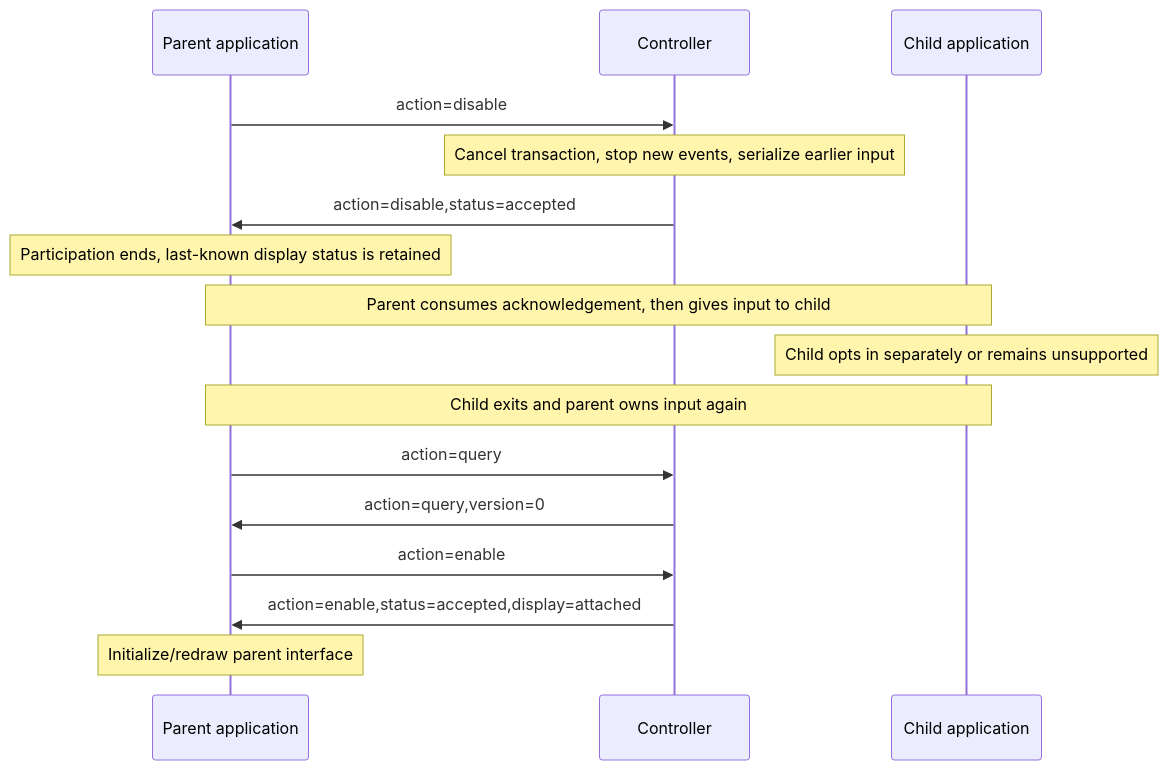
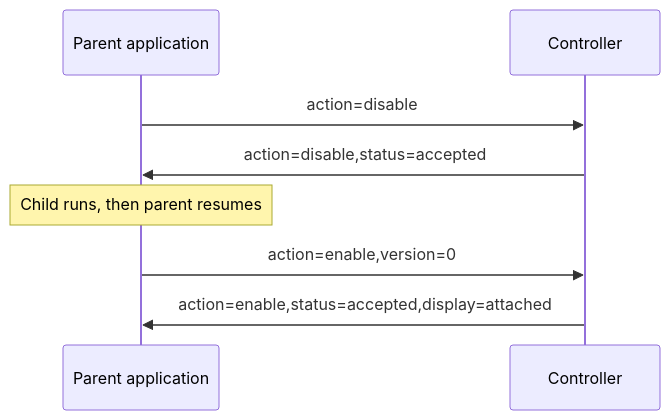
Before and after one commit to claes/kittyplex: the seventh of 7 diagrams in docs/terminal-recovery-protocol-spec.md, drawn with Mermaid. The commit also changed other lines of this file and 2 other files, not shown here.

Commit message:
Simplify state diagram etc

````diff
--- a/docs/terminal-recovery-protocol-spec.md
+++ b/docs/terminal-recovery-protocol-spec.md
@@ -337,18 +329,10 @@
 ```mermaid
 sequenceDiagram
     participant P as Parent application
     participant C as Controller
-    participant K as Child application
     P->>C: action=disable
-    Note over C: Cancel transaction, stop new events, serialize earlier input
     C->>P: action=disable,status=accepted
-    Note over P: Participation ends, last-known display status is retained
-    Note over P,K: Parent consumes acknowledgement, then gives input to child
-    Note over K: Child opts in separately or remains unsupported
-    Note over P,K: Child exits and parent owns input again
-    P->>C: action=query
-    C->>P: action=query,version=0
-    P->>C: action=enable
+    Note over P: Child runs, then parent resumes
+    P->>C: action=enable,version=0
     C->>P: action=enable,status=accepted,display=attached
-    Note over P: Initialize/redraw parent interface
 ```
````
